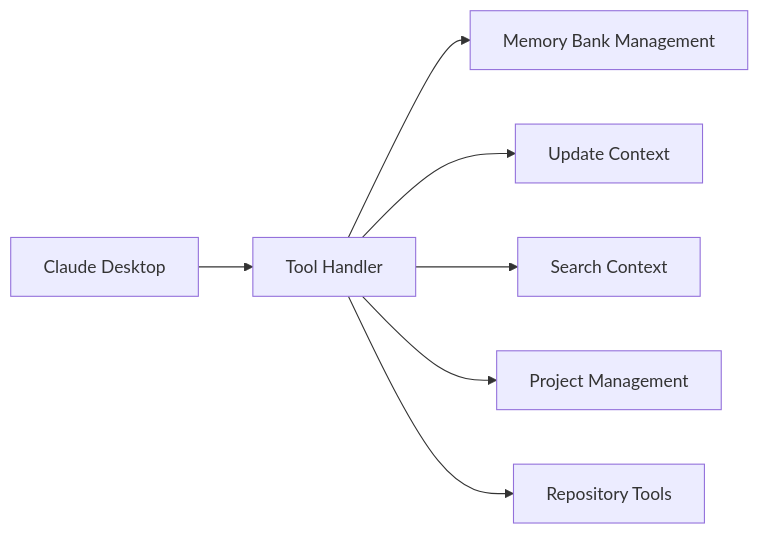
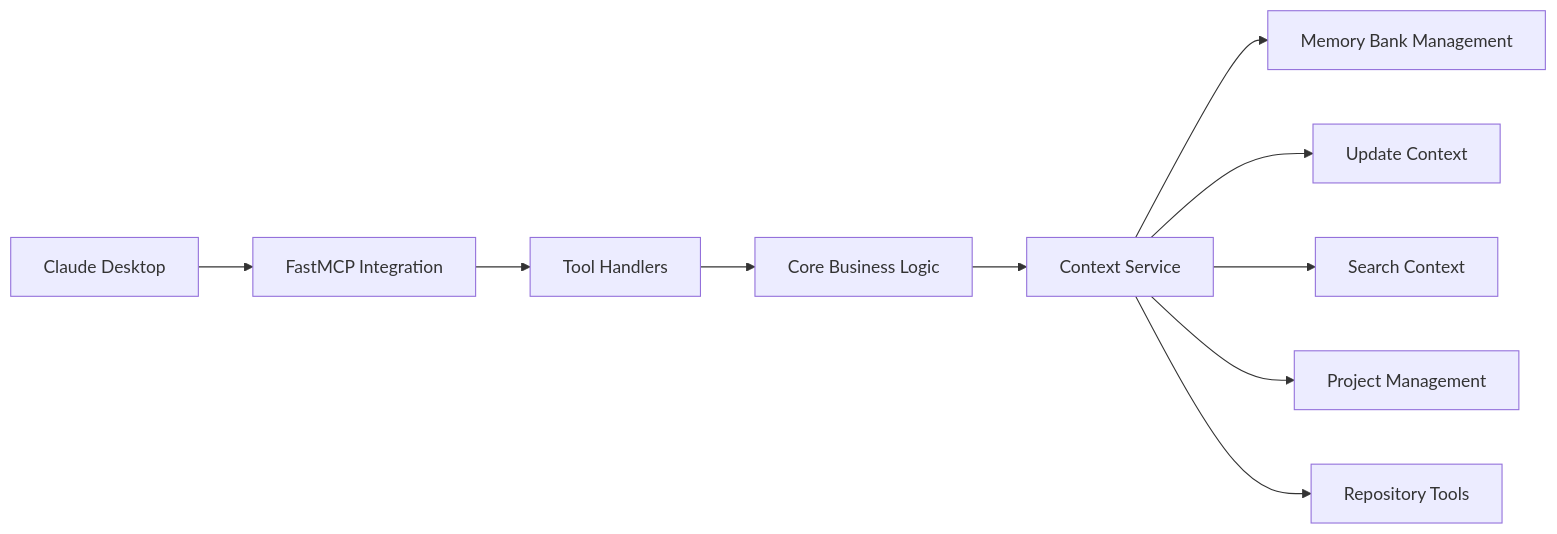
The third of 9 diagrams in doc/mcp-design.md (philippe-guerit/claude-desktop-memory-bank), drawn with Mermaid before and after one commit. The commit also changed other lines of this file and 49 other files, not shown here.

Commit message:
major architecture refactor - untested

````diff
--- a/doc/mcp-design.md
+++ b/doc/mcp-design.md
@@ -72,9 +87,12 @@
 ```mermaid
 flowchart LR
-    Claude[Claude Desktop] --> TH[Tool Handler]
-    TH --> MBM[Memory Bank Management]
-    TH --> Update[Update Context]
-    TH --> Search[Search Context]
-    TH --> Project[Project Management]
-    TH --> Repo[Repository Tools]
+    Claude[Claude Desktop] --> FastMCP[FastMCP Integration]
+    FastMCP --> Tools[Tool Handlers]
+    Tools --> Core[Core Business Logic]
+    Core --> ContextSvc[Context Service]
+    ContextSvc --> MBM[Memory Bank Management]
+    ContextSvc --> Update[Update Context]
+    ContextSvc --> Search[Search Context]
+    ContextSvc --> Project[Project Management]
+    ContextSvc --> Repo[Repository Tools]
 ```
````
